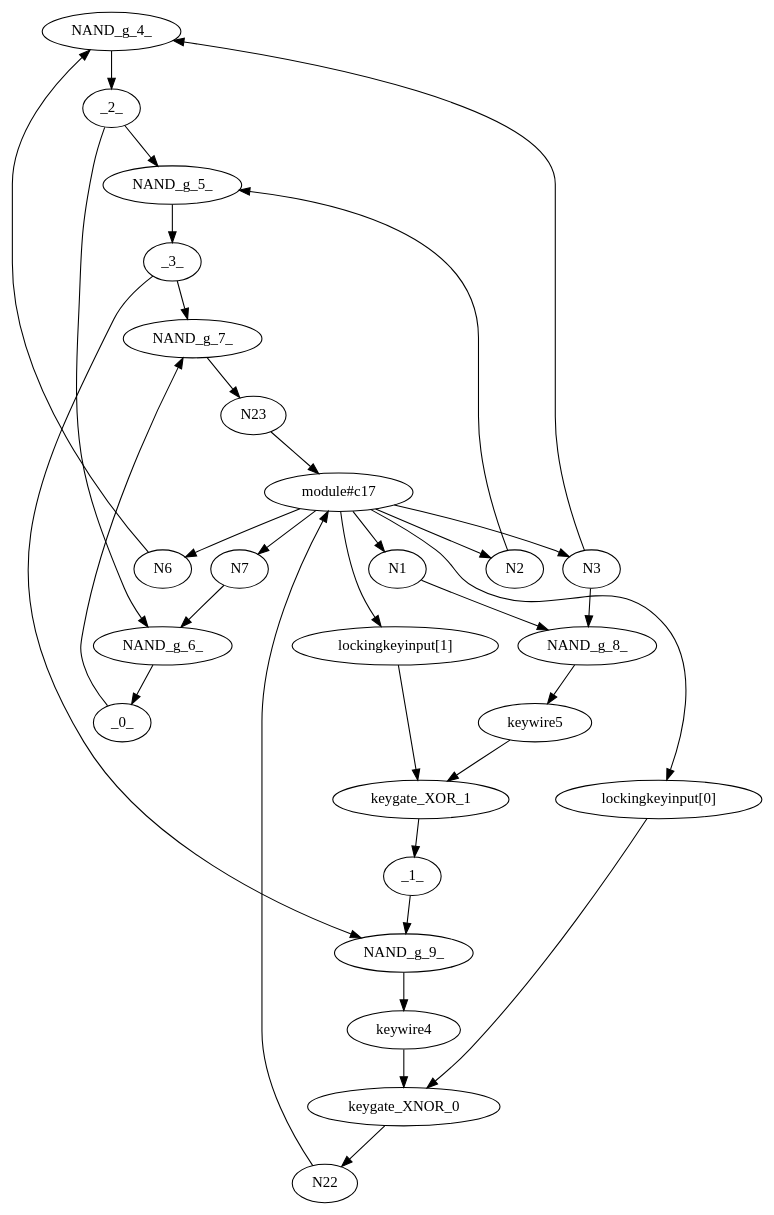
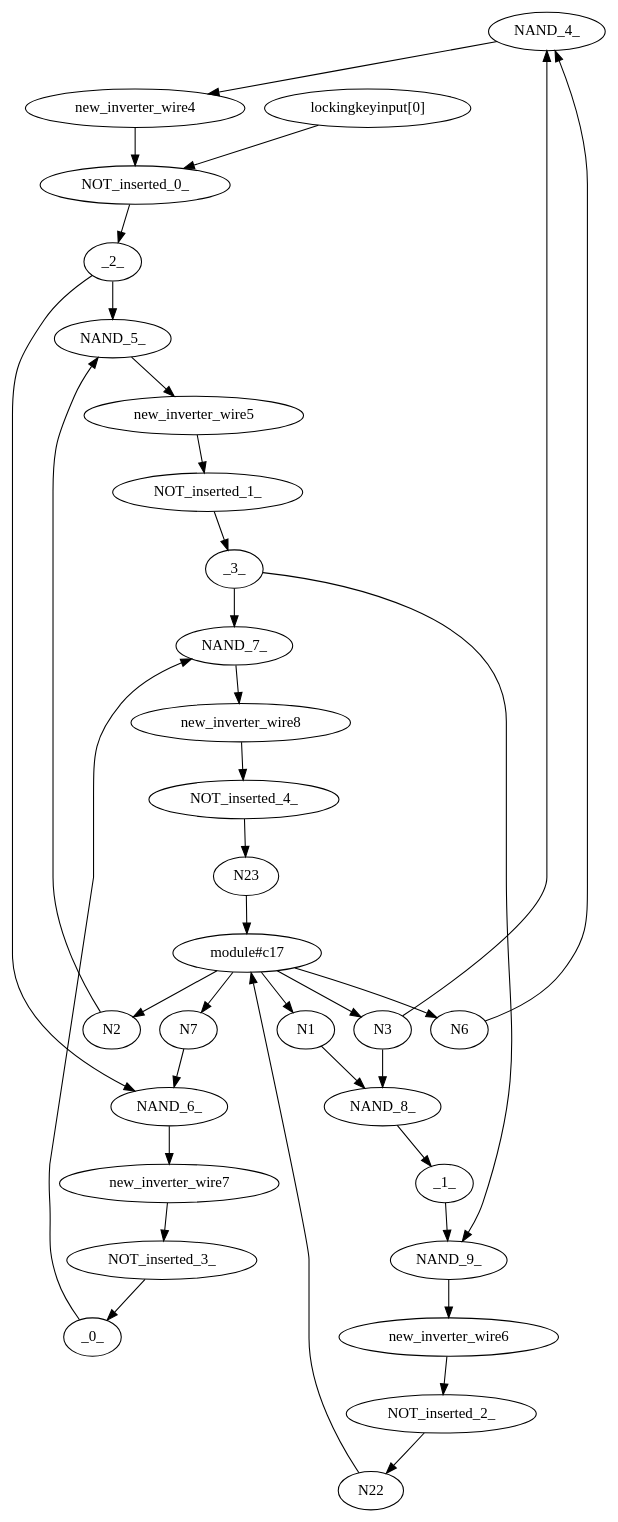
Before and after one commit to alirafiqmalik/ENIGMA-Logic-Locking-Framework: the diagram in tmp/tmp.dot, drawn with Graphviz. The commit also changed 16 other files, not shown here.

Commit message:
TRLL_plus inverter insertion and Not_gate replacement working

```diff
--- a/tmp/tmp.dot
+++ b/tmp/tmp.dot
@@ -1,68 +1,93 @@
 strict digraph "" {
-	NAND_g_4_	[logic=NAND,
+	NAND_4_	[logic=AND,
 		type=gate];
+	new_inverter_wire4	[port=new_inverter_wire4,
+		type=wire];
+	NAND_4_ -> new_inverter_wire4;
 	_2_	[port=_2_,
 		type=wire];
-	NAND_g_4_ -> _2_;
-	NAND_g_5_	[logic=NAND,
+	NAND_5_	[logic=AND,
 		type=gate];
-	_2_ -> NAND_g_5_;
-	NAND_g_6_	[logic=NAND,
+	_2_ -> NAND_5_;
+	NAND_6_	[logic=AND,
 		type=gate];
-	_2_ -> NAND_g_6_;
+	_2_ -> NAND_6_;
 	N6	[port=N6,
 		type=input];
-	N6 -> NAND_g_4_;
+	N6 -> NAND_4_;
 	N3	[port=N3,
 		type=input];
-	N3 -> NAND_g_4_;
-	NAND_g_8_	[logic=NAND,
+	N3 -> NAND_4_;
+	NAND_8_	[logic=NAND,
 		type=gate];
-	N3 -> NAND_g_8_;
+	N3 -> NAND_8_;
+	new_inverter_wire5	[port=new_inverter_wire5,
+		type=wire];
+	NAND_5_ -> new_inverter_wire5;
 	_3_	[port=_3_,
 		type=wire];
-	NAND_g_5_ -> _3_;
-	NAND_g_7_	[logic=NAND,
+	NAND_7_	[logic=AND,
 		type=gate];
-	_3_ -> NAND_g_7_;
-	NAND_g_9_	[logic=NAND,
+	_3_ -> NAND_7_;
+	NAND_9_	[logic=AND,
 		type=gate];
-	_3_ -> NAND_g_9_;
+	_3_ -> NAND_9_;
 	N2	[port=N2,
 		type=input];
-	N2 -> NAND_g_5_;
+	N2 -> NAND_5_;
+	new_inverter_wire7	[port=new_inverter_wire7,
+		type=wire];
+	NAND_6_ -> new_inverter_wire7;
 	_0_	[port=_0_,
 		type=wire];
-	NAND_g_6_ -> _0_;
-	_0_ -> NAND_g_7_;
+	_0_ -> NAND_7_;
 	N7	[port=N7,
 		type=input];
-	N7 -> NAND_g_6_;
+	N7 -> NAND_6_;
+	new_inverter_wire8	[port=new_inverter_wire8,
+		type=wire];
+	NAND_7_ -> new_inverter_wire8;
 	N23	[type=output];
-	NAND_g_7_ -> N23;
 	"module#c17"	[type=module];
 	N23 -> "module#c17";
-	NAND_g_8_ -> keywire5;
 	_1_	[port=_1_,
 		type=wire];
-	_1_ -> NAND_g_9_;
+	NAND_8_ -> _1_;
+	_1_ -> NAND_9_;
 	N1	[port=N1,
 		type=input];
-	N1 -> NAND_g_8_;
-	NAND_g_9_ -> keywire4;
+	N1 -> NAND_8_;
+	new_inverter_wire6	[port=new_inverter_wire6,
+		type=wire];
+	NAND_9_ -> new_inverter_wire6;
 	N22	[type=output];
 	N22 -> "module#c17";
 	"module#c17" -> N6;
 	"module#c17" -> N3;
 	"module#c17" -> N2;
 	"module#c17" -> N7;
 	"module#c17" -> N1;
-	"module#c17" -> "lockingkeyinput[0]";
-	"module#c17" -> "lockingkeyinput[1]";
-	keywire4 -> keygate_XNOR_0;
-	keygate_XNOR_0 -> N22;
-	"lockingkeyinput[0]" -> keygate_XNOR_0;
-	keywire5 -> keygate_XOR_1;
-	keygate_XOR_1 -> _1_;
-	"lockingkeyinput[1]" -> keygate_XOR_1;
+	NOT_inserted_0_	[logic=NOT,
+		type=gate];
+	new_inverter_wire4 -> NOT_inserted_0_;
+	NOT_inserted_0_ -> _2_;
+	NOT_inserted_1_	[logic=NOT,
+		type=gate];
+	new_inverter_wire5 -> NOT_inserted_1_;
+	NOT_inserted_1_ -> _3_;
+	NOT_inserted_2_	[logic=NOT,
+		type=gate];
+	new_inverter_wire6 -> NOT_inserted_2_;
+	NOT_inserted_2_ -> N22;
+	NOT_inserted_3_	[logic=NOT,
+		type=gate];
+	new_inverter_wire7 -> NOT_inserted_3_;
+	NOT_inserted_3_ -> _0_;
+	NOT_inserted_4_	[logic=NOT,
+		type=gate];
+	new_inverter_wire8 -> NOT_inserted_4_;
+	NOT_inserted_4_ -> N23;
+	"lockingkeyinput[0]"	[port=lockingkeyinput,
+		type=input];
+	"lockingkeyinput[0]" -> NOT_inserted_0_;
 }
```
